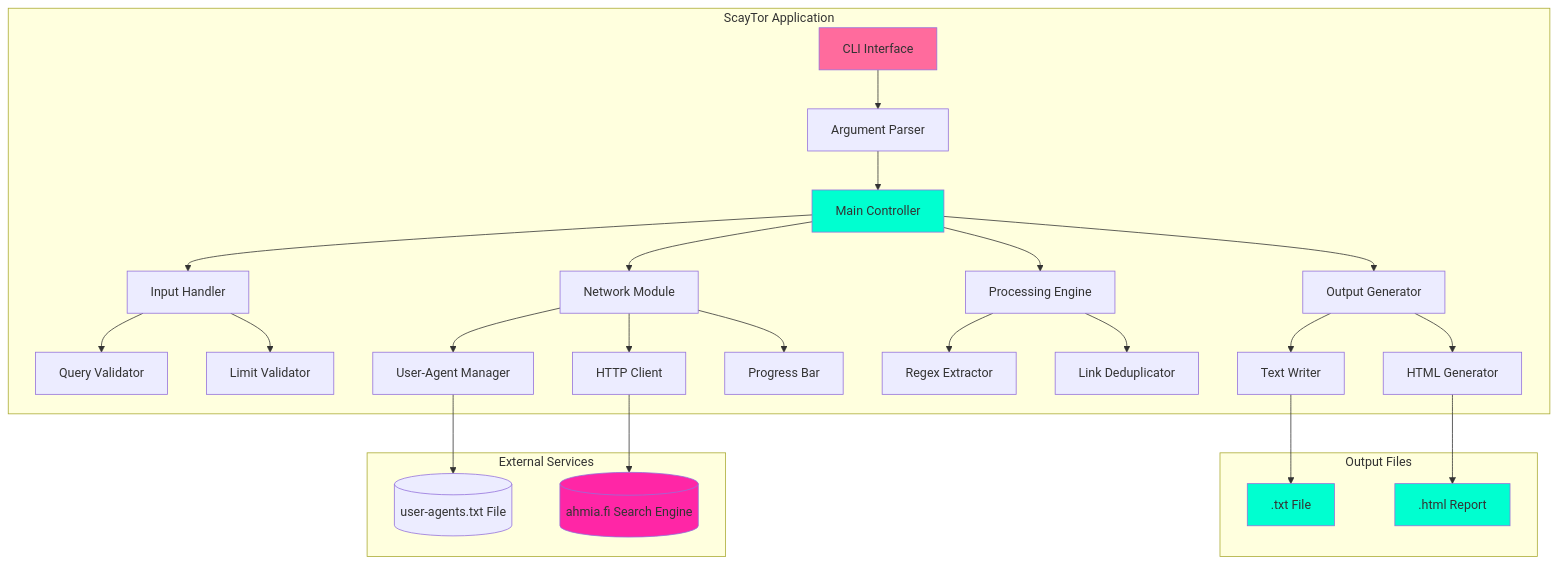
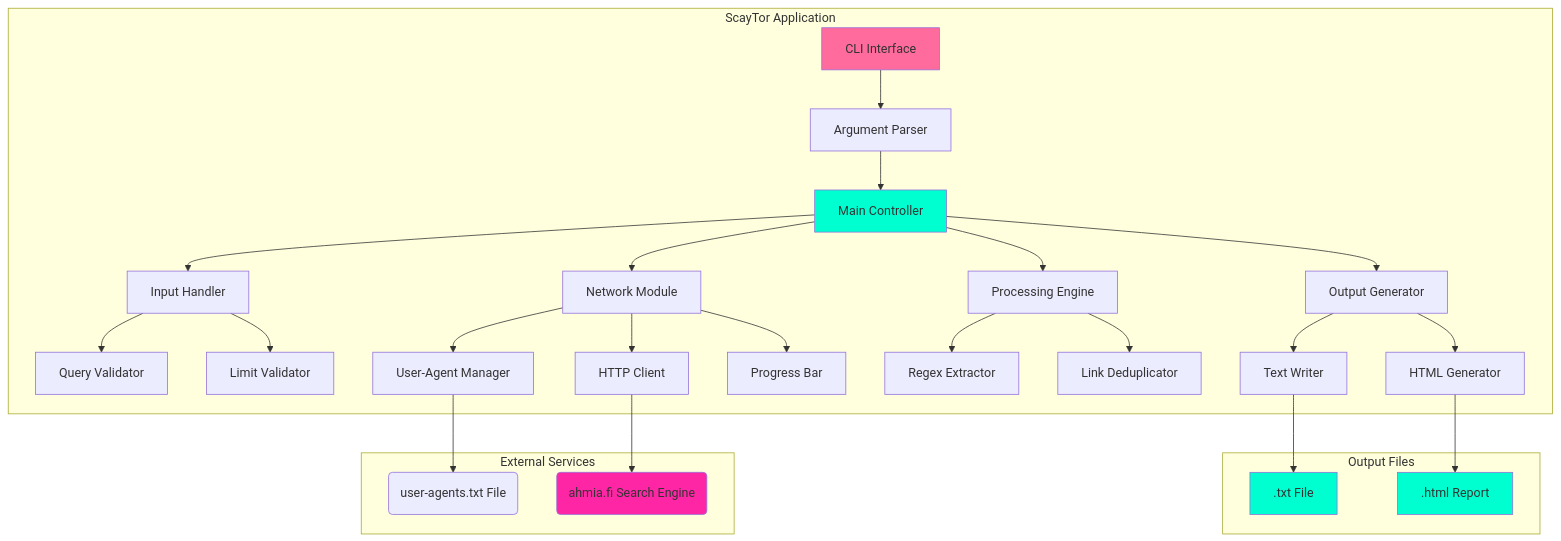
The first of 6 diagrams in README.md (Scayar/ScayTor), drawn with Mermaid before and after one commit.

Commit message:
Fix System Architecture diagram: use proper circular node syntax

````diff
--- a/README.md
+++ b/README.md
@@ -82,46 +82,46 @@
 ```mermaid
 graph TB
     subgraph App["ScayTor Application"]
         A[CLI Interface] --> B[Argument Parser]
         B --> C[Main Controller]
         C --> D[Input Handler]
         C --> E[Network Module]
         C --> F[Processing Engine]
         
         D --> G[Query Validator]
         D --> H[Limit Validator]
         
         E --> I[User-Agent Manager]
         E --> J[HTTP Client]
         E --> K[Progress Bar]
         
         F --> L[Regex Extractor]
         F --> M[Link Deduplicator]
         
         C --> N[Output Generator]
         N --> O[Text Writer]
         N --> P[HTML Generator]
     end
     
     subgraph Ext["External Services"]
-        Q[("ahmia.fi Search Engine")]
-        R[("user-agents.txt File")]
+        Q(ahmia.fi Search Engine)
+        R(user-agents.txt File)
     end
     
     J --> Q
     I --> R
     
     subgraph Out["Output Files"]
         S[.txt File]
         T[.html Report]
     end
     
     O --> S
     P --> T
     
     style A fill:#ff6b9d
     style C fill:#00ffd0
     style Q fill:#ff26a6
     style S fill:#00ffd0
     style T fill:#00ffd0
 ```
````
